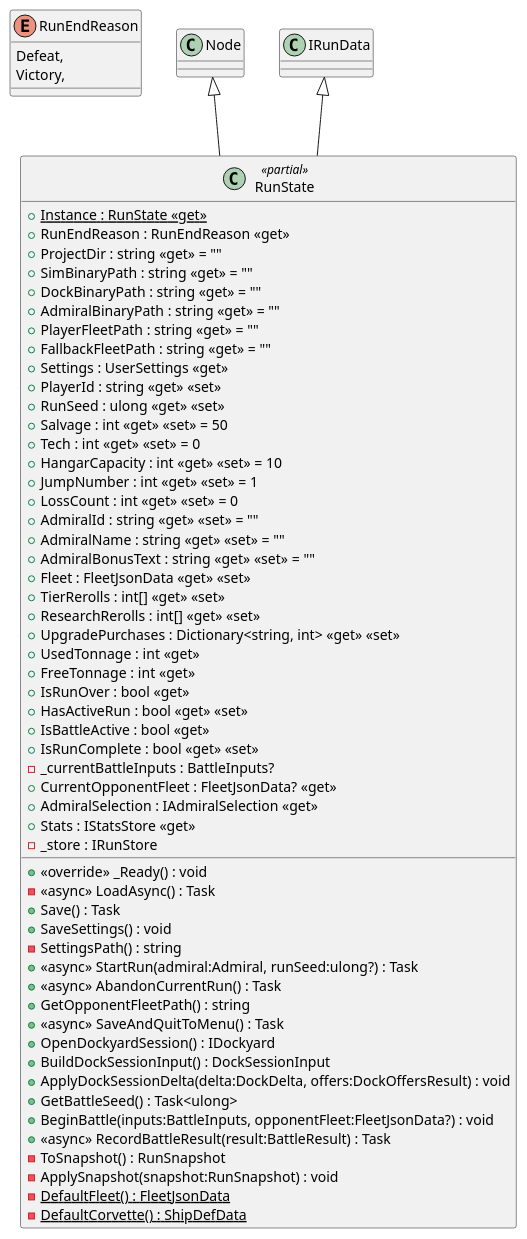
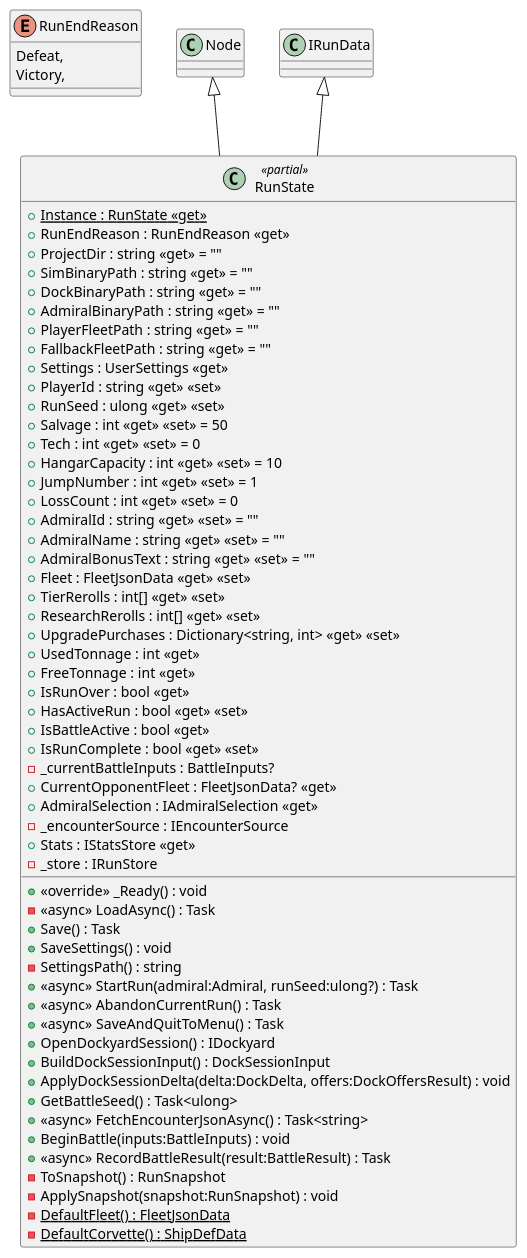
One commit to Tai-trinh/skock changed the diagram in diagrams/csharp/client/src/meta/RunState.puml. Above: the diagram before and after it, drawn with PlantUML. The commit also changed 26 other files, not shown here.

First line of the commit message:
Add skock-encounter binary and IEncounterSource seam

```diff
--- a/diagrams/csharp/client/src/meta/RunState.puml
+++ b/diagrams/csharp/client/src/meta/RunState.puml
@@ -1,63 +1,64 @@
 @startuml
 enum RunEndReason {
     Defeat,
     Victory,
 }
 class RunState <<partial>> {
     + {static} Instance : RunState <<get>>
     + RunEndReason : RunEndReason <<get>>
     + ProjectDir : string <<get>> = ""
     + SimBinaryPath : string <<get>> = ""
     + DockBinaryPath : string <<get>> = ""
     + AdmiralBinaryPath : string <<get>> = ""
     + PlayerFleetPath : string <<get>> = ""
     + FallbackFleetPath : string <<get>> = ""
     + Settings : UserSettings <<get>>
     + PlayerId : string <<get>> <<set>>
     + RunSeed : ulong <<get>> <<set>>
     + Salvage : int <<get>> <<set>> = 50
     + Tech : int <<get>> <<set>> = 0
     + HangarCapacity : int <<get>> <<set>> = 10
     + JumpNumber : int <<get>> <<set>> = 1
     + LossCount : int <<get>> <<set>> = 0
     + AdmiralId : string <<get>> <<set>> = ""
     + AdmiralName : string <<get>> <<set>> = ""
     + AdmiralBonusText : string <<get>> <<set>> = ""
     + Fleet : FleetJsonData <<get>> <<set>>
     + TierRerolls : int[] <<get>> <<set>>
     + ResearchRerolls : int[] <<get>> <<set>>
     + UpgradePurchases : Dictionary<string, int> <<get>> <<set>>
     + UsedTonnage : int <<get>>
     + FreeTonnage : int <<get>>
     + IsRunOver : bool <<get>>
     + HasActiveRun : bool <<get>> <<set>>
     + IsBattleActive : bool <<get>>
     + IsRunComplete : bool <<get>> <<set>>
     - _currentBattleInputs : BattleInputs?
     + CurrentOpponentFleet : FleetJsonData? <<get>>
     + AdmiralSelection : IAdmiralSelection <<get>>
+    - _encounterSource : IEncounterSource
     + Stats : IStatsStore <<get>>
     - _store : IRunStore
     + <<override>> _Ready() : void
     - <<async>> LoadAsync() : Task
     + Save() : Task
     + SaveSettings() : void
     - SettingsPath() : string
     + <<async>> StartRun(admiral:Admiral, runSeed:ulong?) : Task
     + <<async>> AbandonCurrentRun() : Task
-    + GetOpponentFleetPath() : string
     + <<async>> SaveAndQuitToMenu() : Task
     + OpenDockyardSession() : IDockyard
     + BuildDockSessionInput() : DockSessionInput
     + ApplyDockSessionDelta(delta:DockDelta, offers:DockOffersResult) : void
     + GetBattleSeed() : Task<ulong>
-    + BeginBattle(inputs:BattleInputs, opponentFleet:FleetJsonData?) : void
+    + <<async>> FetchEncounterJsonAsync() : Task<string>
+    + BeginBattle(inputs:BattleInputs) : void
     + <<async>> RecordBattleResult(result:BattleResult) : Task
     - ToSnapshot() : RunSnapshot
     - ApplySnapshot(snapshot:RunSnapshot) : void
     - {static} DefaultFleet() : FleetJsonData
     - {static} DefaultCorvette() : ShipDefData
 }
 Node <|-- RunState
 IRunData <|-- RunState
 @enduml
```
